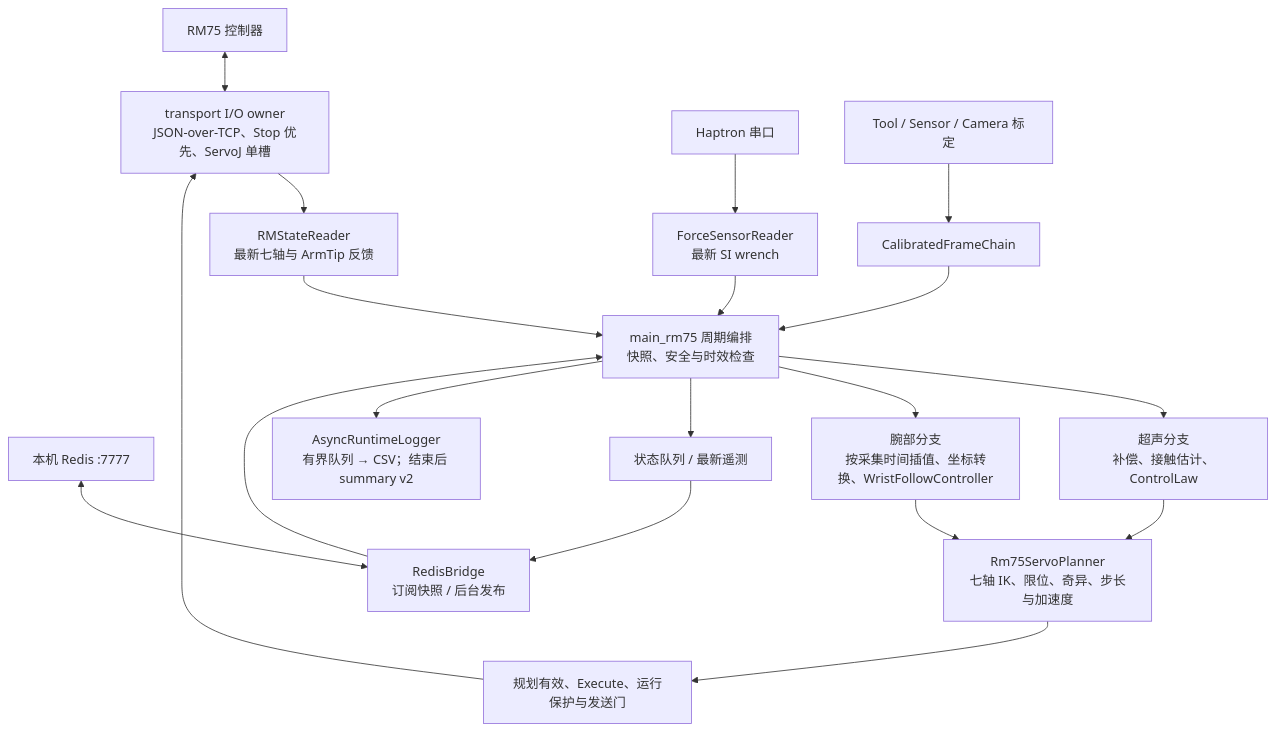
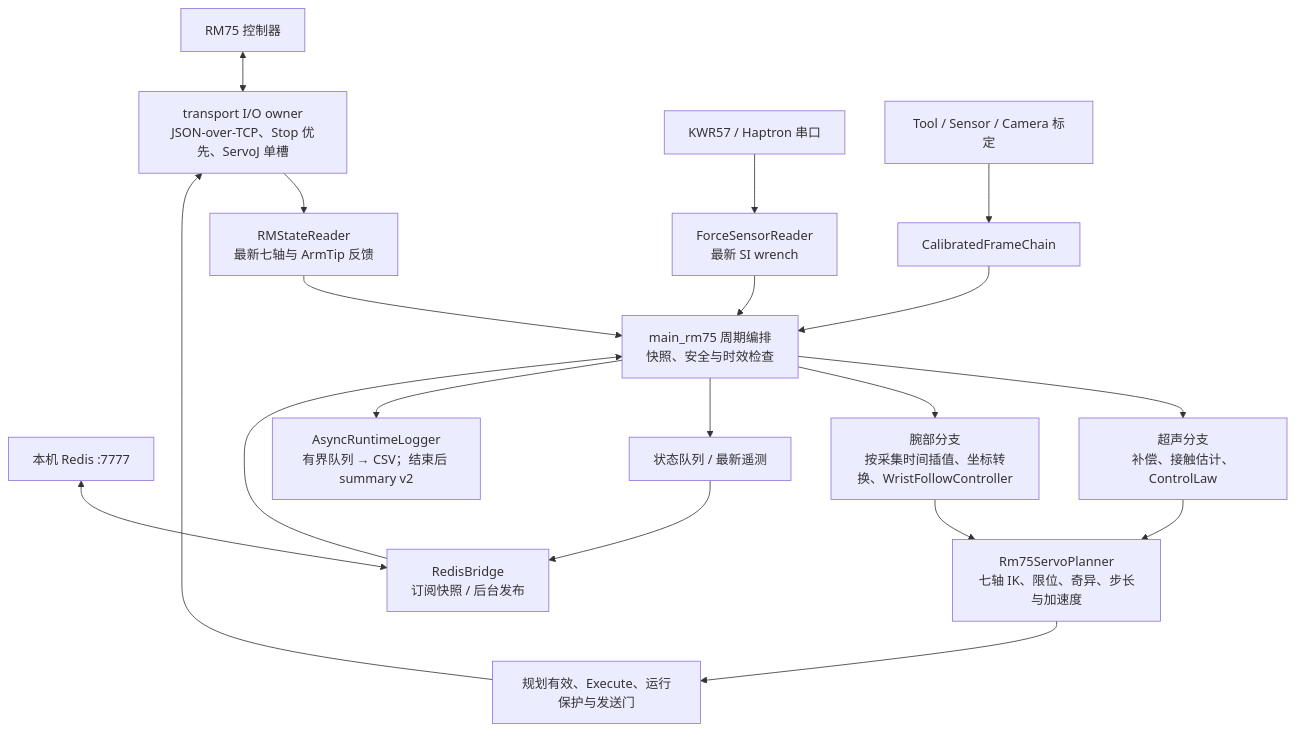
The first of 5 diagrams in infer/Robot/ARCHITECTURE.md (Sadstrawberrysc/cair-arm), drawn with Mermaid before and after one commit. The commit also changed other lines of this file and 17 other files, not shown here.

Commit message:
Integrate KWR57 force sensor into RM75 runtime and document workflows

````diff
--- a/infer/Robot/ARCHITECTURE.md
+++ b/infer/Robot/ARCHITECTURE.md
@@ -36,21 +37,21 @@
 ```mermaid
 flowchart TB
     RM["RM75 控制器"] <--> IO["transport I/O owner<br/>JSON-over-TCP、Stop 优先、ServoJ 单槽"]
     IO --> ST["RMStateReader<br/>最新七轴与 ArmTip 反馈"]
-    SENSOR["Haptron 串口"] --> FS["ForceSensorReader<br/>最新 SI wrench"]
+    SENSOR["KWR57 / Haptron 串口"] --> FS["ForceSensorReader<br/>最新 SI wrench"]
     REDIS["本机 Redis :7777"] <--> BR["RedisBridge<br/>订阅快照 / 后台发布"]
     CAL["Tool / Sensor / Camera 标定"] --> FRAME["CalibratedFrameChain"]
     ST --> LOOP["main_rm75 周期编排<br/>快照、安全与时效检查"]
     FS --> LOOP
     BR --> LOOP
     FRAME --> LOOP
     LOOP --> FORCE["超声分支<br/>补偿、接触估计、ControlLaw"]
     LOOP --> WRIST["腕部分支<br/>按采集时间插值、坐标转换、WristFollowController"]
     FORCE --> PLAN["Rm75ServoPlanner<br/>七轴 IK、限位、奇异、步长与加速度"]
     WRIST --> PLAN
     PLAN --> GATE["规划有效、Execute、运行保护与发送门"]
     GATE --> IO
     LOOP --> PUB["状态队列 / 最新遥测"]
     PUB --> BR
     LOOP --> LOG["AsyncRuntimeLogger<br/>有界队列 → CSV；结束后 summary v2"]
 ```
````
